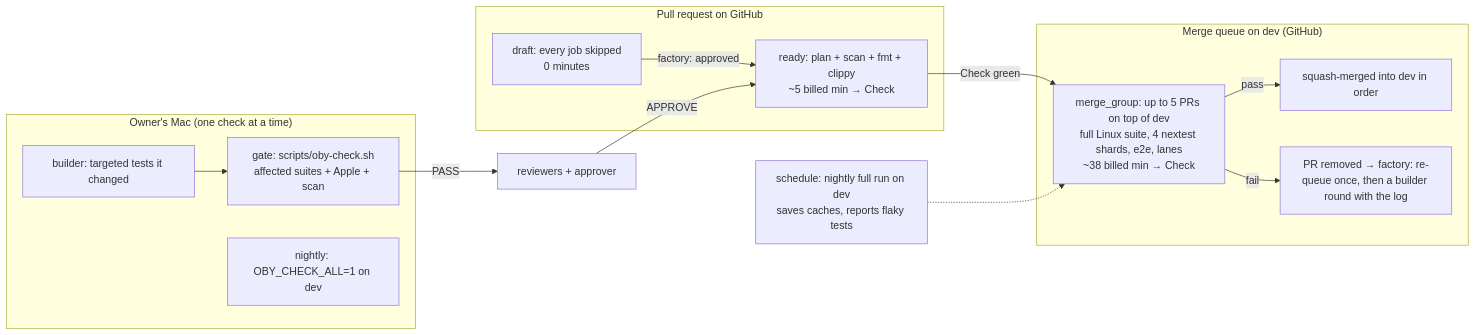
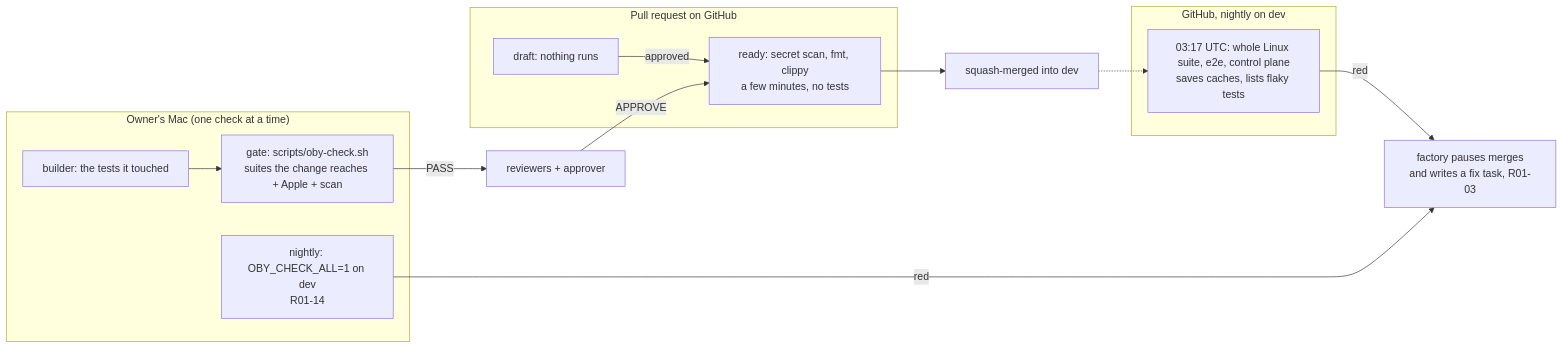
The diagram in docs/ci-architecture.md (obi-ai-bot/oby), drawn with Mermaid before and after one commit. The commit also changed other lines of this file and 7 other files, not shown here.

First line of the commit message:
docs(ci): nightly only, the owner's choice: the Mac gates each change, GitHub tests dev nightly

````diff
--- a/docs/ci-architecture.md
+++ b/docs/ci-architecture.md
@@ -101,18 +105,17 @@
 ```mermaid
 flowchart LR
   subgraph Mac["Owner's Mac (one check at a time)"]
-    B[builder: targeted tests it changed] --> G[gate: scripts/oby-check.sh<br/>affected suites + Apple + scan]
-    N[nightly: OBY_CHECK_ALL=1 on dev]
+    B[builder: the tests it touched] --> G[gate: scripts/oby-check.sh<br/>suites the change reaches + Apple + scan]
+    MN[nightly: OBY_CHECK_ALL=1 on dev<br/>R01-14]
   end
   subgraph PR["Pull request on GitHub"]
-    D[draft: every job skipped<br/>0 minutes] -->|factory: approved| R[ready: plan + scan + fmt + clippy<br/>~5 billed min → Check]
+    D[draft: nothing runs] -->|approved| R[ready: secret scan, fmt, clippy<br/>a few minutes, no tests]
   end
-  subgraph Q["Merge queue on dev (GitHub)"]
-    MG[merge_group: up to 5 PRs on top of dev<br/>full Linux suite, 4 nextest shards, e2e, lanes<br/>~38 billed min → Check] -->|pass| M[squash-merged into dev in order]
-    MG -->|fail| X[PR removed → factory: re-queue once, then a builder round with the log]
+  G -->|PASS| REV[reviewers + approver] -->|APPROVE| R --> M[squash-merged into dev]
+  subgraph GH["GitHub, nightly on dev"]
+    N[03:17 UTC: whole Linux suite, e2e, control plane<br/>saves caches, lists flaky tests]
   end
-  G -->|PASS| REV[reviewers + approver]
-  REV -->|APPROVE| R
-  R -->|Check green| MG
-  NIGHT[schedule: nightly full run on dev<br/>saves caches, reports flaky tests] -.-> MG
+  M -.-> N
+  N -->|red| STOP[factory pauses merges<br/>and writes a fix task, R01-03]
+  MN -->|red| STOP
 ```
````
